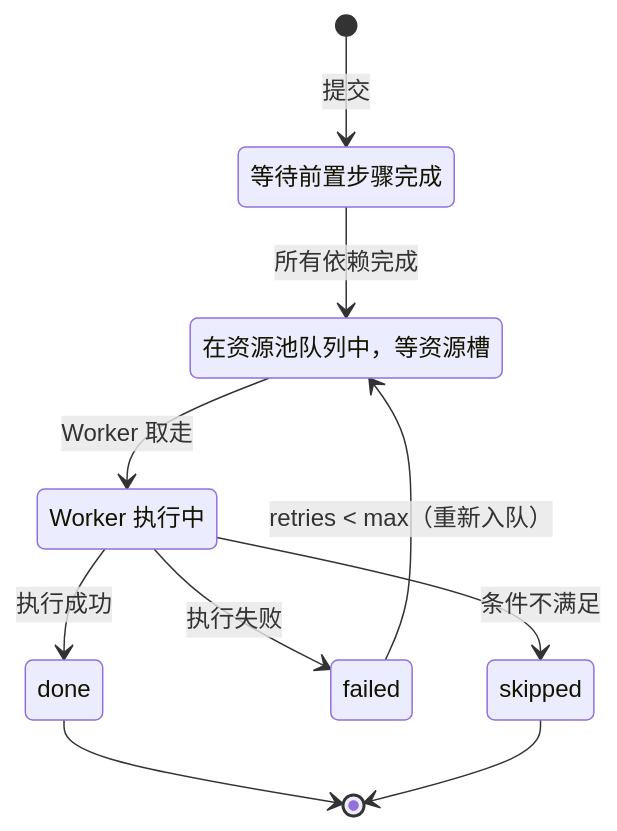
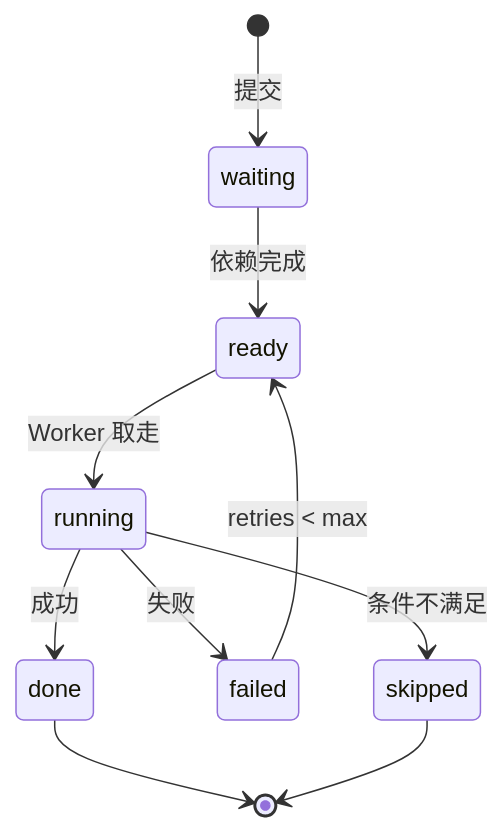
The second of 2 diagrams in docs/02-domain-model.md (Gwzlchn/Flori), drawn with Mermaid before and after one commit. The commit also changed other lines of this file and 1 other file, not shown here.

````diff
--- a/docs/02-domain-model.md
+++ b/docs/02-domain-model.md
@@ -145,17 +323,12 @@
 ```mermaid
 stateDiagram-v2
     [*] --> waiting : 提交
-    waiting --> ready : 所有依赖完成
+    waiting --> ready : 依赖完成
     ready --> running : Worker 取走
-    running --> done : 执行成功
-    running --> failed : 执行失败
+    running --> done : 成功
+    running --> failed : 失败
     running --> skipped : 条件不满足
-
-    failed --> ready : retries < max（重新入队）
-
-    waiting : 等待前置步骤完成
-    ready : 在资源池队列中，等资源槽
-    running : Worker 执行中
+    failed --> ready : retries < max
     done --> [*]
     skipped --> [*]
 ```
````
